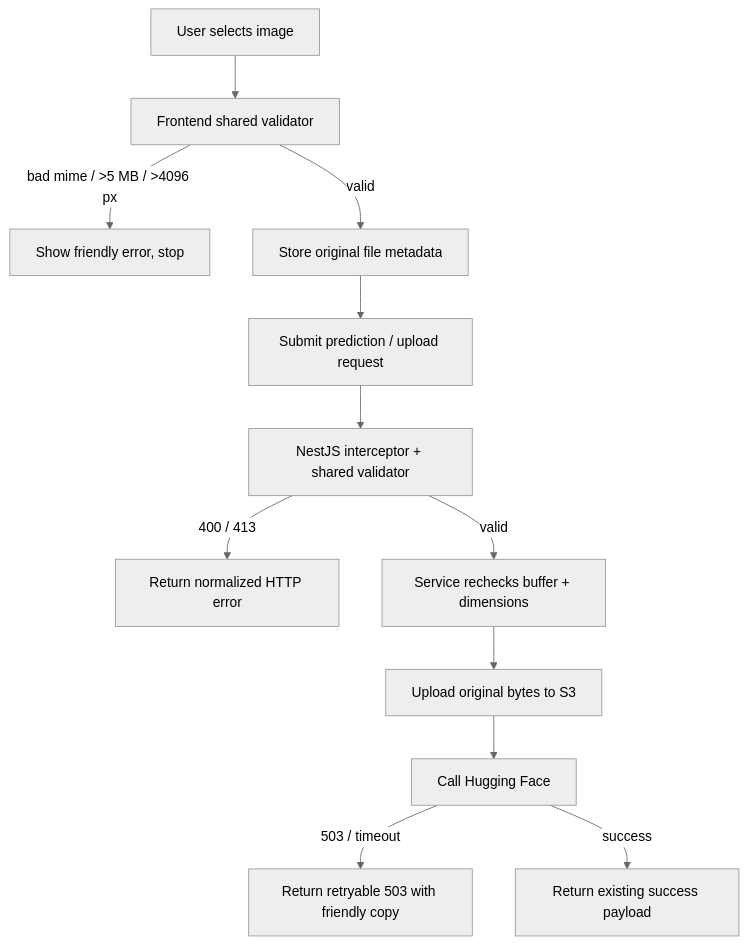
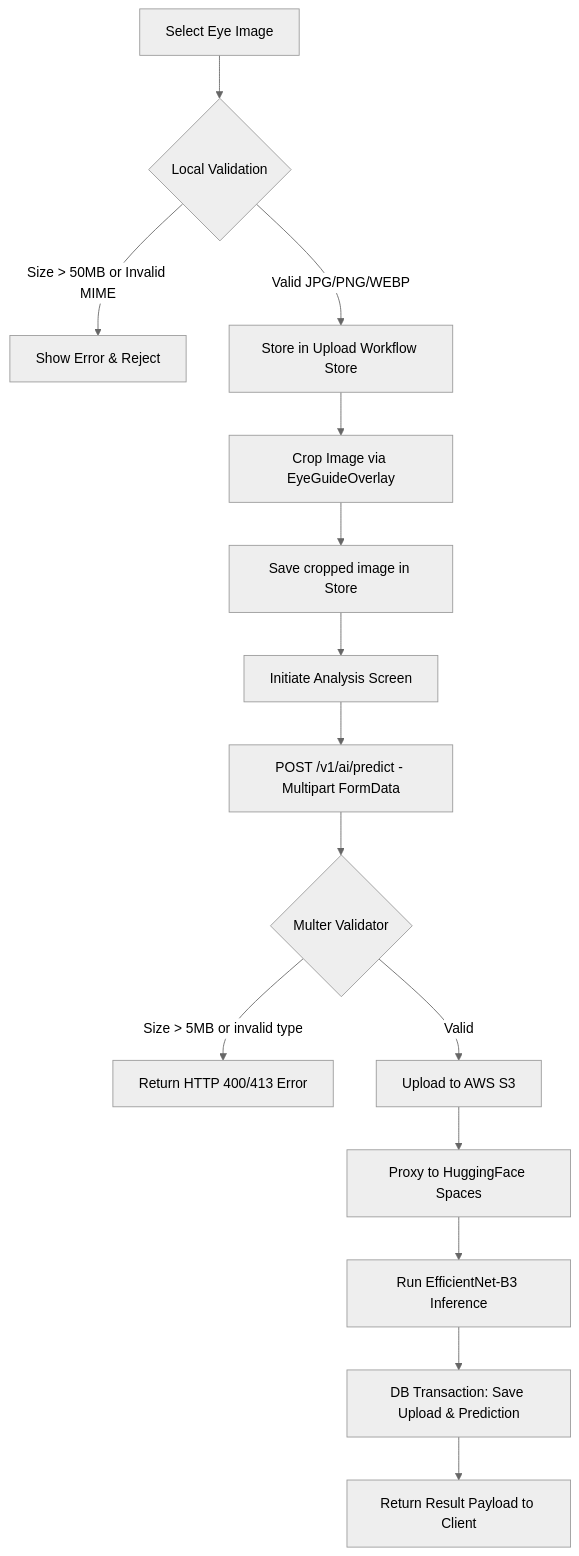
One commit to sameer2210/Doc-Ai changed the eighth of 13 diagrams in frontend/README.md. Above: the diagram before and after it, drawn with Mermaid (neutral theme). The commit also changed other lines of this file and 13 other files, not shown here.

````diff
--- a/frontend/README.md
+++ b/frontend/README.md
@@ -184,14 +482,17 @@
 ```mermaid
-flowchart TD
-  A[User selects image] --> B[Frontend shared validator]
-  B -->|bad mime / >5 MB / >4096 px| C[Show friendly error, stop]
-  B -->|valid| D[Store original file metadata]
-  D --> E[Submit prediction / upload request]
-  E --> F[NestJS interceptor + shared validator]
-  F -->|400 / 413| G[Return normalized HTTP error]
-  F -->|valid| H[Service rechecks buffer + dimensions]
-  H --> I[Upload original bytes to S3]
-  I --> J[Call Hugging Face]
-  J -->|503 / timeout| K[Return retryable 503 with friendly copy]
-  J -->|success| L[Return existing success payload]
+graph TD
+    Select[Select Eye Image] --> LocalVal{Local Validation}
+    LocalVal -->|Size > 50MB or Invalid MIME| RejectLocal[Show Error & Reject]
+    LocalVal -->|Valid JPG/PNG/WEBP| Workflow[Store in Upload Workflow Store]
+    Workflow --> Crop[Crop Image via EyeGuideOverlay]
+    Crop --> ConfirmCrop[Save cropped image in Store]
+    ConfirmCrop --> Analysis[Initiate Analysis Screen]
+    Analysis --> UploadBE[POST /v1/ai/predict - Multipart FormData]
+    UploadBE --> MulterVal{Multer Validator}
+    MulterVal -->|Size > 5MB or invalid type| RejectBE[Return HTTP 400/413 Error]
+    MulterVal -->|Valid| S3Upload[Upload to AWS S3]
+    S3Upload --> MLGateway[Proxy to HuggingFace Spaces]
+    MLGateway --> Predict[Run EfficientNet-B3 Inference]
+    Predict --> DBTrans[DB Transaction: Save Upload & Prediction]
+    DBTrans --> Result[Return Result Payload to Client]
 ```
````
